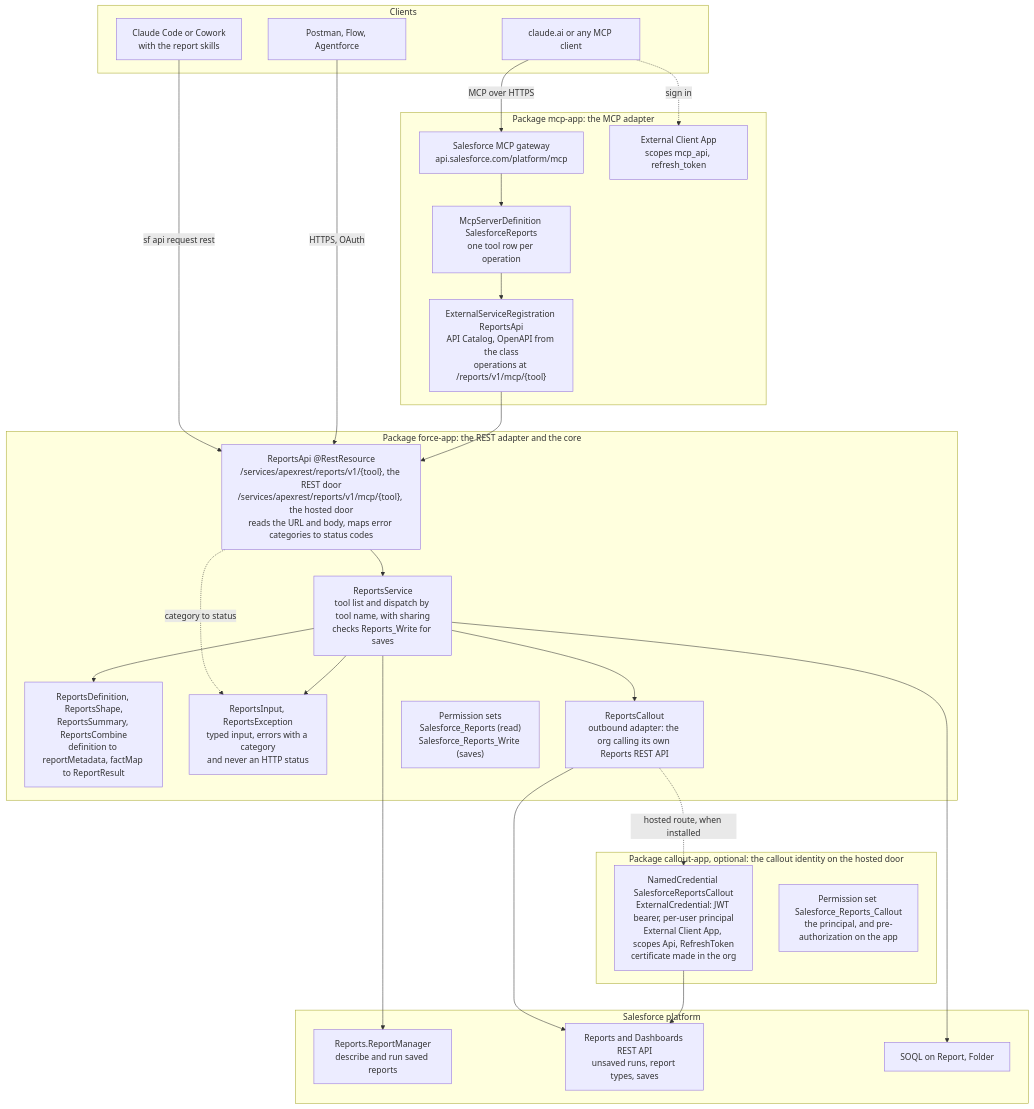
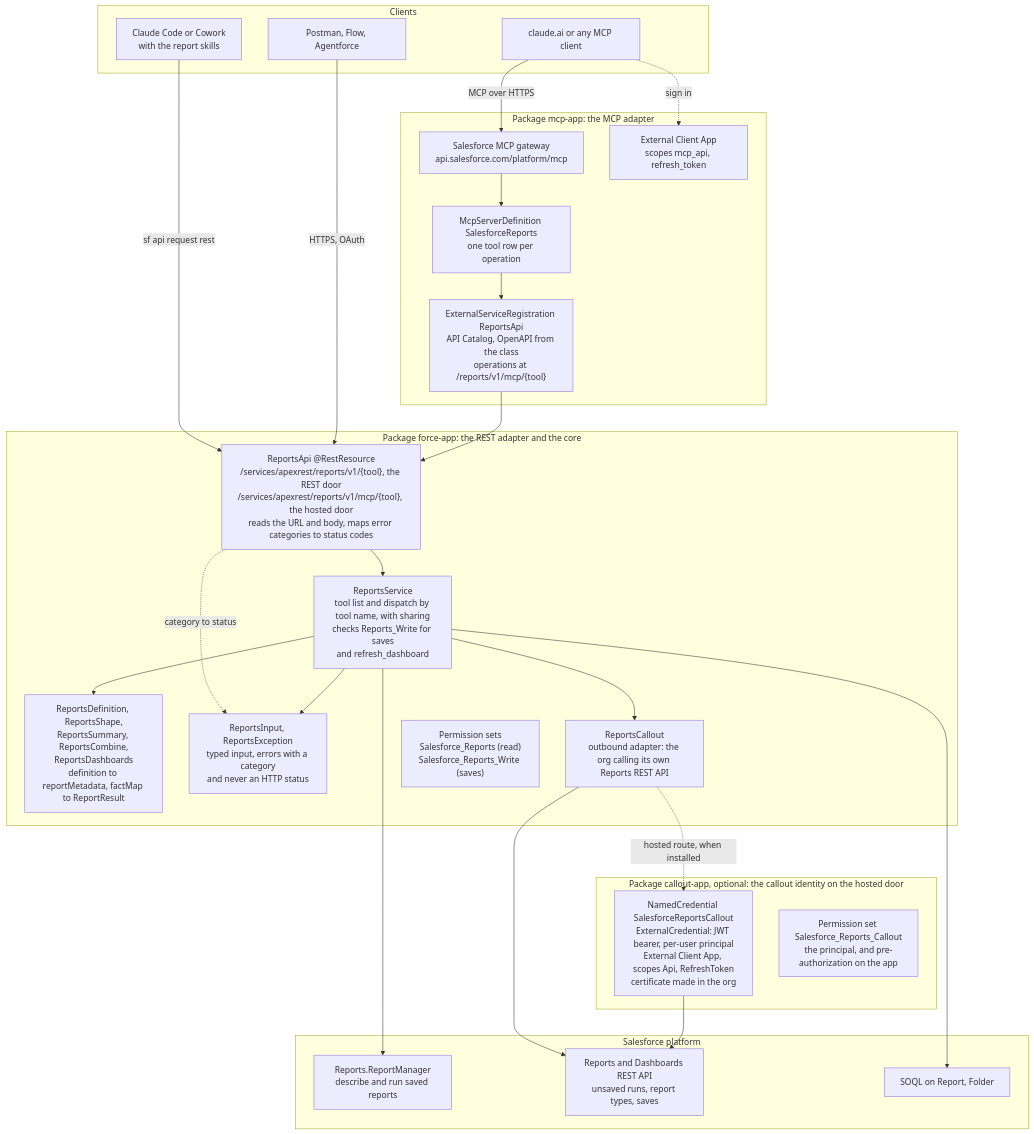
Before and after one commit to nelsben/salesforce-reports-mcp: the first of 6 diagrams in docs/architecture.md, drawn with Mermaid. The commit also changed other lines of this file and 11 other files, not shown here.

````diff
--- a/docs/architecture.md
+++ b/docs/architecture.md
@@ -23,49 +23,49 @@
 ```mermaid
 flowchart TB
   subgraph clients [Clients]
     CC["Claude Code or Cowork<br/>with the report skills"]
     AI["claude.ai or any MCP client"]
     HTTP["Postman, Flow, Agentforce"]
   end
 
   subgraph mcpapp [Package mcp-app: the MCP adapter]
     GW["Salesforce MCP gateway<br/>api.salesforce.com/platform/mcp"]
     DEF["McpServerDefinition SalesforceReports<br/>one tool row per operation"]
     ESR["ExternalServiceRegistration ReportsApi<br/>API Catalog, OpenAPI from the class<br/>operations at /reports/v1/mcp/{tool}"]
     ECA["External Client App<br/>scopes mcp_api, refresh_token"]
   end
 
   subgraph forceapp [Package force-app: the REST adapter and the core]
     API["ReportsApi @RestResource<br/>/services/apexrest/reports/v1/{tool}, the REST door<br/>/services/apexrest/reports/v1/mcp/{tool}, the hosted door<br/>reads the URL and body, maps error categories to status codes"]
-    SVC["ReportsService<br/>tool list and dispatch by tool name, with sharing<br/>checks Reports_Write for saves"]
-    SHAPE["ReportsDefinition, ReportsShape,<br/>ReportsSummary, ReportsCombine<br/>definition to reportMetadata, factMap to ReportResult"]
+    SVC["ReportsService<br/>tool list and dispatch by tool name, with sharing<br/>checks Reports_Write for saves<br/>and refresh_dashboard"]
+    SHAPE["ReportsDefinition, ReportsShape,<br/>ReportsSummary, ReportsCombine,<br/>ReportsDashboards<br/>definition to reportMetadata, factMap to ReportResult"]
     ERR["ReportsInput, ReportsException<br/>typed input, errors with a category<br/>and never an HTTP status"]
     CALL["ReportsCallout<br/>outbound adapter: the org calling its own Reports REST API"]
     PS["Permission sets<br/>Salesforce_Reports (read)<br/>Salesforce_Reports_Write (saves)"]
   end
 
   subgraph calloutapp [Package callout-app, optional: the callout identity on the hosted door]
     NC["NamedCredential SalesforceReportsCallout<br/>ExternalCredential: JWT bearer, per-user principal<br/>External Client App, scopes Api, RefreshToken<br/>certificate made in the org"]
     PSC["Permission set Salesforce_Reports_Callout<br/>the principal, and pre-authorization on the app"]
   end
 
   subgraph platform [Salesforce platform]
     RM["Reports.ReportManager<br/>describe and run saved reports"]
     REST["Reports and Dashboards REST API<br/>unsaved runs, report types, saves"]
     SOQL["SOQL on Report, Folder"]
   end
 
   CC -->|sf api request rest| API
   HTTP -->|HTTPS, OAuth| API
   AI -->|MCP over HTTPS| GW
   GW --> DEF --> ESR --> API
   AI -.->|sign in| ECA
   API --> SVC
   API -.->|category to status| ERR
   SVC --> SHAPE
   SVC --> ERR
   SVC --> RM
   SVC --> SOQL
   SVC --> CALL --> REST
   CALL -.->|hosted route, when installed| NC --> REST
 ```
````
